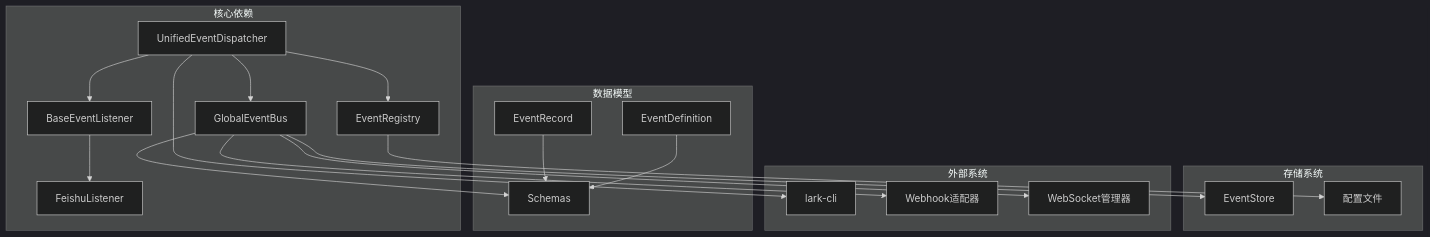
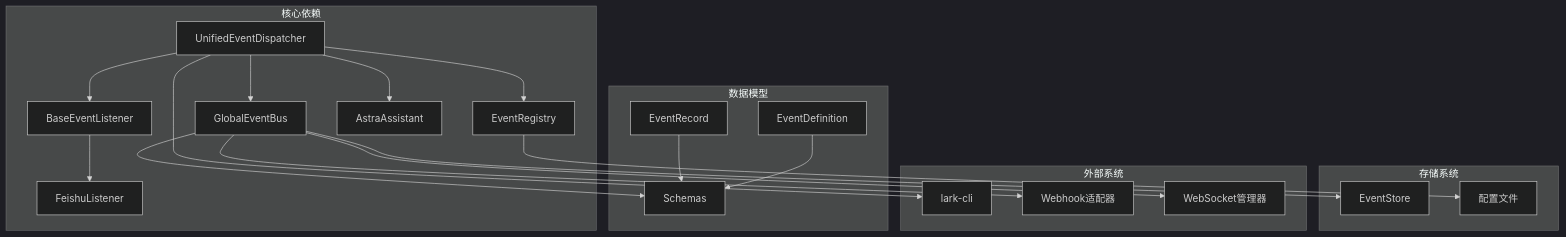
One commit to angledick/- changed the tenth of 10 diagrams in .qoder/repowiki/zh/content/系统架构/事件驱动系统/统一事件调度器.md. Above: the diagram before and after it, drawn with Mermaid (dark theme). The commit also changed other lines of this file and 9 other files, not shown here.

````diff
--- a/.qoder/repowiki/zh/content/系统架构/事件驱动系统/统一事件调度器.md
+++ b/.qoder/repowiki/zh/content/系统架构/事件驱动系统/统一事件调度器.md
@@ -293,36 +369,38 @@
 ```mermaid
 graph TB
 subgraph "核心依赖"
 UED[UnifiedEventDispatcher]
 GEB[GlobalEventBus]
 ER[EventRegistry]
 EL[BaseEventListener]
 FL[FeishuListener]
+AA[AstraAssistant]
 end
 subgraph "数据模型"
 ERD[EventRecord]
 EDef[EventDefinition]
 Schemas[Schemas]
 end
 subgraph "存储系统"
 ES[EventStore]
 Config[配置文件]
 end
 subgraph "外部系统"
 LarkCLI[lark-cli]
 Webhook[Webhook适配器]
 WS[WebSocket管理器]
 end
 UED --> GEB
 UED --> ER
 UED --> EL
+UED --> AA
 EL --> FL
 GEB --> ES
 ER --> Config
 GEB --> Schemas
 ERD --> Schemas
 EDef --> Schemas
 UED --> LarkCLI
 GEB --> Webhook
 GEB --> WS
 ```
````
